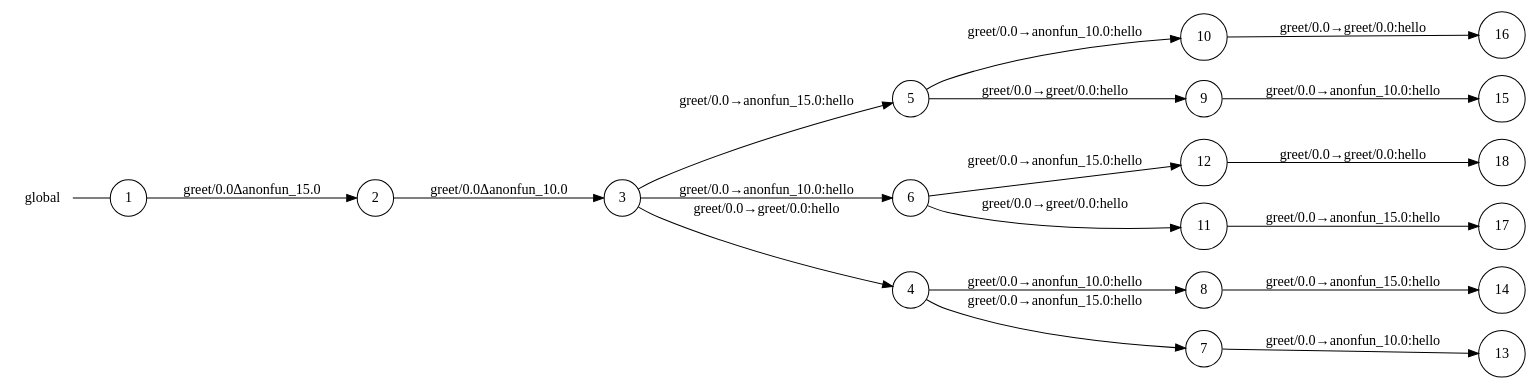
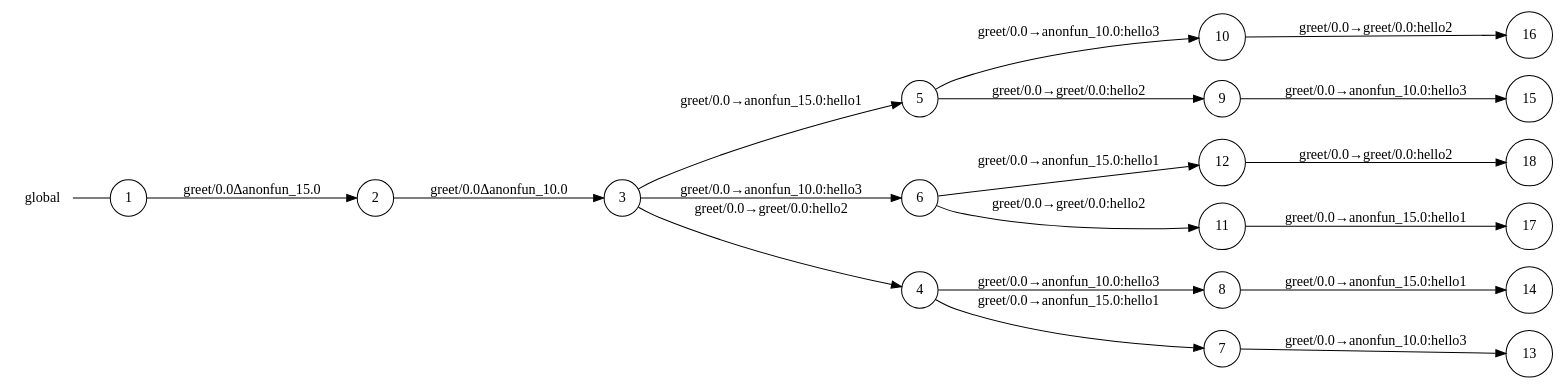
The diagram in examples/high-order-fun/greet_0_global_view.dot (gabrielegenovese/chorer), drawn with Graphviz before and after one commit. The commit also changed 44 other files, not shown here.

```diff
--- a/examples/high-order-fun/greet_0_global_view.dot
+++ b/examples/high-order-fun/greet_0_global_view.dot
@@ -1,41 +1,41 @@
 digraph global {
 	rankdir="LR";
 	n_0 [label="global", shape="plaintext"];
 	n_1 [id="5", shape=circle, label="5"];
 	n_2 [id="15", shape=circle, label="15"];
 	n_3 [id="12", shape=circle, label="12"];
 	n_4 [id="11", shape=circle, label="11"];
 	n_5 [id="17", shape=circle, label="17"];
 	n_6 [id="18", shape=circle, label="18"];
 	n_7 [id="14", shape=circle, label="14"];
 	n_8 [id="6", shape=circle, label="6"];
 	n_9 [id="13", shape=circle, label="13"];
 	n_10 [id="10", shape=circle, label="10"];
 	n_11 [id="1", shape=circle, label="1"];
 	n_0 -> n_11 [arrowhead=none];
 	n_12 [id="9", shape=circle, label="9"];
 	n_13 [id="2", shape=circle, label="2"];
 	n_14 [id="8", shape=circle, label="8"];
 	n_15 [id="4", shape=circle, label="4"];
 	n_16 [id="7", shape=circle, label="7"];
 	n_17 [id="3", shape=circle, label="3"];
 	n_18 [id="16", shape=circle, label="16"];
 
-	n_1 -> n_12 [id="[$e|7]", label="greet/0.0→greet/0.0:hello"];
-	n_8 -> n_4 [id="[$e|9]", label="greet/0.0→greet/0.0:hello"];
-	n_17 -> n_1 [id="[$e|3]", label="greet/0.0→anonfun_15.0:hello"];
-	n_10 -> n_18 [id="[$e|14]", label="greet/0.0→greet/0.0:hello"];
-	n_15 -> n_14 [id="[$e|6]", label="greet/0.0→anonfun_10.0:hello"];
-	n_14 -> n_7 [id="[$e|12]", label="greet/0.0→anonfun_15.0:hello"];
-	n_1 -> n_10 [id="[$e|8]", label="greet/0.0→anonfun_10.0:hello"];
-	n_4 -> n_5 [id="[$e|15]", label="greet/0.0→anonfun_15.0:hello"];
-	n_12 -> n_2 [id="[$e|13]", label="greet/0.0→anonfun_10.0:hello"];
-	n_8 -> n_3 [id="[$e|10]", label="greet/0.0→anonfun_15.0:hello"];
-	n_15 -> n_16 [id="[$e|5]", label="greet/0.0→anonfun_15.0:hello"];
-	n_16 -> n_9 [id="[$e|11]", label="greet/0.0→anonfun_10.0:hello"];
+	n_1 -> n_12 [id="[$e|7]", label="greet/0.0→greet/0.0:hello2"];
+	n_8 -> n_4 [id="[$e|9]", label="greet/0.0→greet/0.0:hello2"];
+	n_17 -> n_1 [id="[$e|3]", label="greet/0.0→anonfun_15.0:hello1"];
+	n_10 -> n_18 [id="[$e|14]", label="greet/0.0→greet/0.0:hello2"];
+	n_15 -> n_14 [id="[$e|6]", label="greet/0.0→anonfun_10.0:hello3"];
+	n_14 -> n_7 [id="[$e|12]", label="greet/0.0→anonfun_15.0:hello1"];
+	n_1 -> n_10 [id="[$e|8]", label="greet/0.0→anonfun_10.0:hello3"];
+	n_4 -> n_5 [id="[$e|15]", label="greet/0.0→anonfun_15.0:hello1"];
+	n_12 -> n_2 [id="[$e|13]", label="greet/0.0→anonfun_10.0:hello3"];
+	n_8 -> n_3 [id="[$e|10]", label="greet/0.0→anonfun_15.0:hello1"];
+	n_15 -> n_16 [id="[$e|5]", label="greet/0.0→anonfun_15.0:hello1"];
+	n_16 -> n_9 [id="[$e|11]", label="greet/0.0→anonfun_10.0:hello3"];
 	n_11 -> n_13 [id="[$e|0]", label="greet/0.0Δanonfun_15.0"];
 	n_13 -> n_17 [id="[$e|1]", label="greet/0.0Δanonfun_10.0"];
-	n_3 -> n_6 [id="[$e|16]", label="greet/0.0→greet/0.0:hello"];
-	n_17 -> n_8 [id="[$e|4]", label="greet/0.0→anonfun_10.0:hello"];
-	n_17 -> n_15 [id="[$e|2]", label="greet/0.0→greet/0.0:hello"];
+	n_3 -> n_6 [id="[$e|16]", label="greet/0.0→greet/0.0:hello2"];
+	n_17 -> n_8 [id="[$e|4]", label="greet/0.0→anonfun_10.0:hello3"];
+	n_17 -> n_15 [id="[$e|2]", label="greet/0.0→greet/0.0:hello2"];
 }
```
